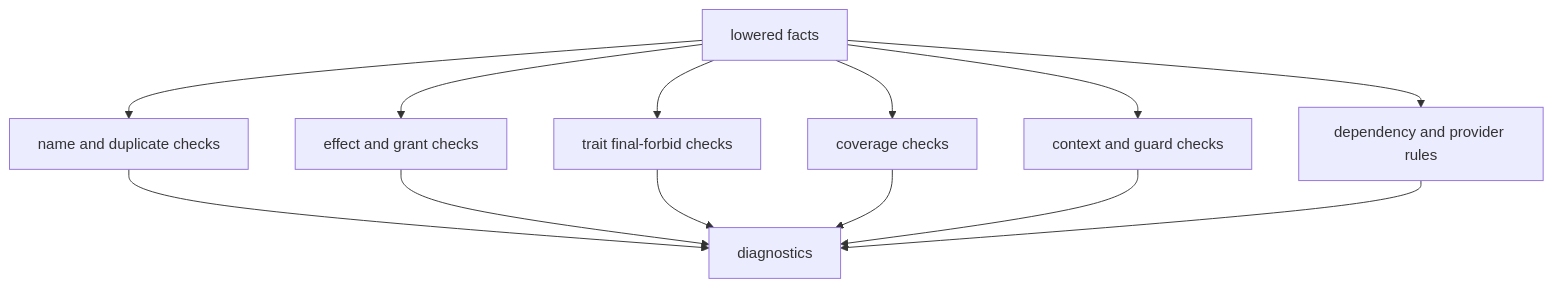
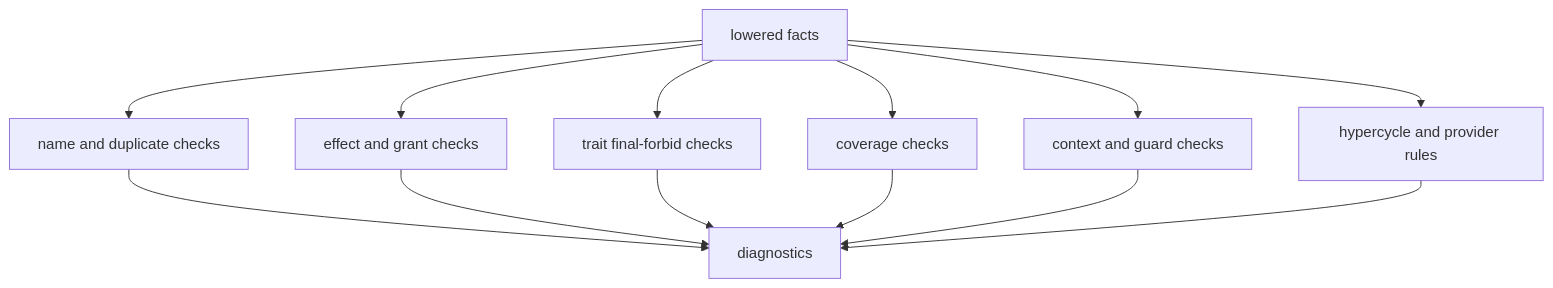
The first of 2 diagrams in docs-site/src/content/docs/inside-shape/rule-evaluation.md (timbrinded/shapelang), drawn with Mermaid before and after one commit. The commit also changed other lines of this file and 25 other files, not shown here.

````diff
--- a/docs-site/src/content/docs/inside-shape/rule-evaluation.md
+++ b/docs-site/src/content/docs/inside-shape/rule-evaluation.md
@@ -14,15 +14,15 @@
 ```mermaid
 flowchart TD
   A["lowered facts"] --> B["name and duplicate checks"]
   A --> C["effect and grant checks"]
   A --> D["trait final-forbid checks"]
   A --> E["coverage checks"]
   A --> F["context and guard checks"]
-  A --> G["dependency and provider rules"]
+  A --> G["hypercycle and provider rules"]
   B --> H["diagnostics"]
   C --> H
   D --> H
   E --> H
   F --> H
   G --> H
 ```
````
